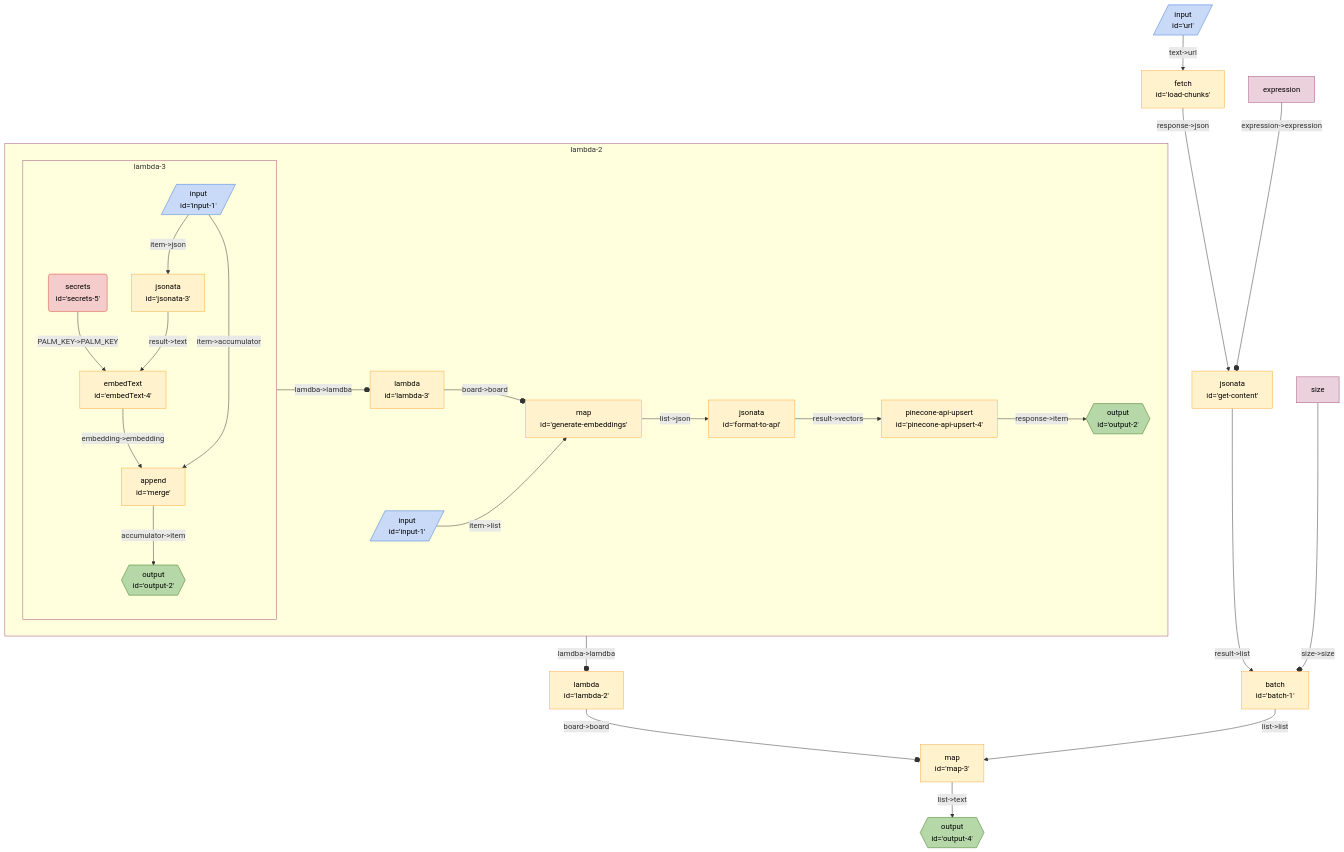
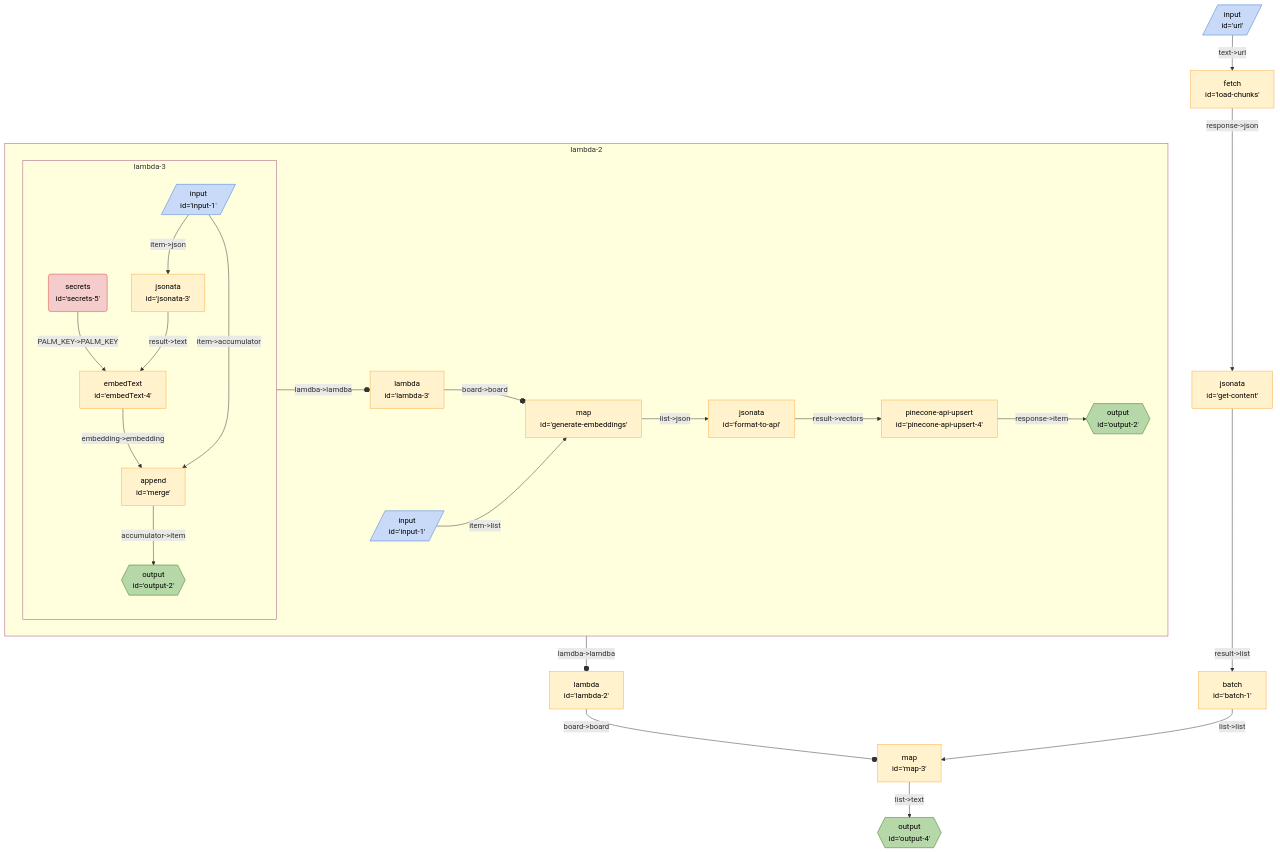
The diagram in seeds/graph-playground/docs/graphs/pinecone-load.md (breadboard-ai/breadboard), drawn with Mermaid before and after one commit. The commit also changed 30 other files, not shown here.

````diff
--- a/seeds/graph-playground/docs/graphs/pinecone-load.md
+++ b/seeds/graph-playground/docs/graphs/pinecone-load.md
@@ -5,44 +5,37 @@
   ```mermaid
   %%{init: 'themeVariables': { 'fontFamily': 'Fira Code, monospace' }}%%
 graph TD;
 lambda2["lambda <br> id='lambda-2'"] -- "board->board" --o map3["map <br> id='map-3'"]
 subgraph sg_lambda2 [lambda-2]
 lambda2_lambda3["lambda <br> id='lambda-3'"] -- "board->board" --o lambda2_generateembeddings["map <br> id='generate-embeddings'"]
 subgraph sg_lambda3 [lambda-3]
 lambda2_lambda3_embedText4["embedText <br> id='embedText-4'"] -- "embedding->embedding" --> lambda2_lambda3_merge["append <br> id='merge'"]
 lambda2_lambda3_secrets5("secrets <br> id='secrets-5'"):::secrets -- "PALM_KEY->PALM_KEY" --> lambda2_lambda3_embedText4["embedText <br> id='embedText-4'"]
 lambda2_lambda3_jsonata3["jsonata <br> id='jsonata-3'"] -- "result->text" --> lambda2_lambda3_embedText4["embedText <br> id='embedText-4'"]
 lambda2_lambda3_input1[/"input <br> id='input-1'"/]:::input -- "item->json" --> lambda2_lambda3_jsonata3["jsonata <br> id='jsonata-3'"]
 lambda2_lambda3_merge["append <br> id='merge'"] -- "accumulator->item" --> lambda2_lambda3_output2{{"output <br> id='output-2'"}}:::output
 lambda2_lambda3_input1[/"input <br> id='input-1'"/]:::input -- "item->accumulator" --> lambda2_lambda3_merge["append <br> id='merge'"]
-
-
 end
 sg_lambda3:::slotted -- "lamdba->lamdba" --o lambda2_lambda3
 
 lambda2_pineconeapiupsert4["pinecone-api-upsert <br> id='pinecone-api-upsert-4'"] -- "response->item" --> lambda2_output2{{"output <br> id='output-2'"}}:::output
 lambda2_formattoapi["jsonata <br> id='format-to-api'"] -- "result->vectors" --> lambda2_pineconeapiupsert4["pinecone-api-upsert <br> id='pinecone-api-upsert-4'"]
 lambda2_generateembeddings["map <br> id='generate-embeddings'"] -- "list->json" --> lambda2_formattoapi["jsonata <br> id='format-to-api'"]
 lambda2_input1[/"input <br> id='input-1'"/]:::input -- "item->list" --> lambda2_generateembeddings["map <br> id='generate-embeddings'"]
-
-
 end
 sg_lambda2:::slotted -- "lamdba->lamdba" --o lambda2
 
 map3["map <br> id='map-3'"] -- "list->text" --> output4{{"output <br> id='output-4'"}}:::output
 batch1["batch <br> id='batch-1'"] -- "list->list" --> map3["map <br> id='map-3'"]
 getcontent["jsonata <br> id='get-content'"] -- "result->list" --> batch1["batch <br> id='batch-1'"]
 loadchunks["fetch <br> id='load-chunks'"] -- "response->json" --> getcontent["jsonata <br> id='get-content'"]
 url[/"input <br> id='url'"/]:::input -- "text->url" --> loadchunks["fetch <br> id='load-chunks'"]
-expressiongetcontent[expression]:::config -- "expression->expression" --o getcontent
-sizebatch1[size]:::config -- "size->size" --o batch1
-
 classDef default stroke:#ffab40,fill:#fff2ccff,color:#000
 classDef input stroke:#3c78d8,fill:#c9daf8ff,color:#000
 classDef output stroke:#38761d,fill:#b6d7a8ff,color:#000
 classDef passthrough stroke:#a64d79,fill:#ead1dcff,color:#000
 classDef slot stroke:#a64d79,fill:#ead1dcff,color:#000
 classDef config stroke:#a64d79,fill:#ead1dcff,color:#000
 classDef secrets stroke:#db4437,fill:#f4cccc,color:#000
 classDef slotted stroke:#a64d79
   ```
````
